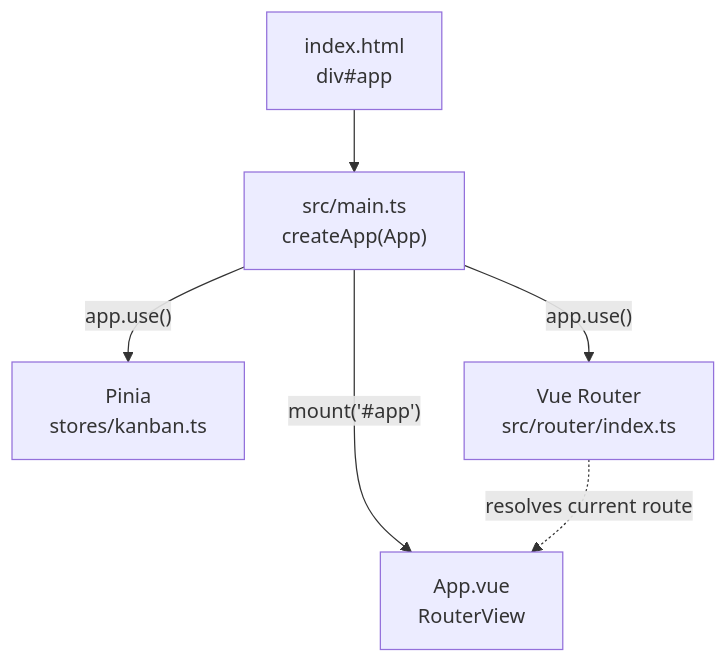
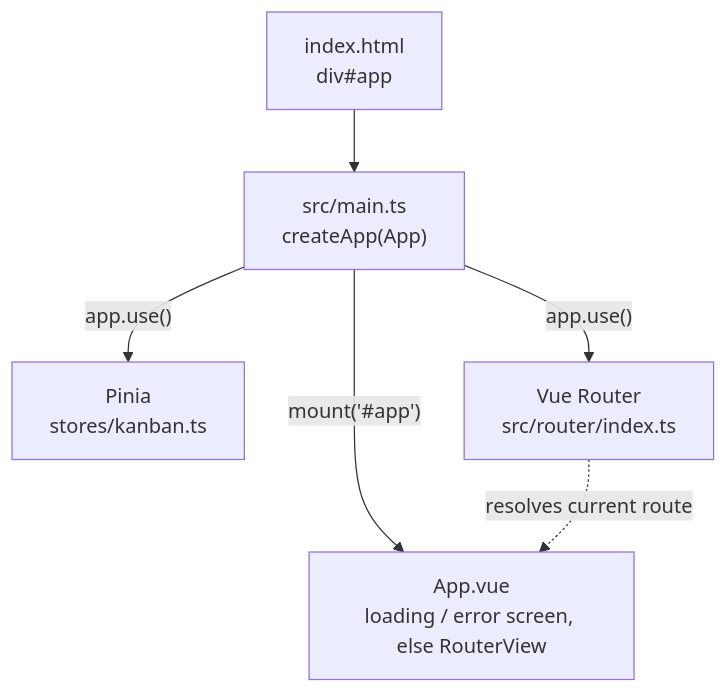
The first of 15 diagrams in docs/architecture.md (0quasarquantum0/Kanban_Vue), drawn with Mermaid before and after one commit. The commit also changed other lines of this file and 16 other files, not shown here.

Commit message:
go step 4: connect the Vue app to the Go server

````diff
--- a/docs/architecture.md
+++ b/docs/architecture.md
@@ -9,8 +9,8 @@
 ```mermaid
 flowchart TD
   html["index.html<br/>div#app"] --> main["src/main.ts<br/>createApp(App)"]
   main -- "app.use()" --> pinia["Pinia<br/>stores/kanban.ts"]
   main -- "app.use()" --> router["Vue Router<br/>src/router/index.ts"]
-  main -- "mount('#app')" --> app["App.vue<br/>RouterView"]
+  main -- "mount('#app')" --> app["App.vue<br/>loading / error screen, else RouterView"]
   router -. "resolves current route" .-> app
 ```
````
